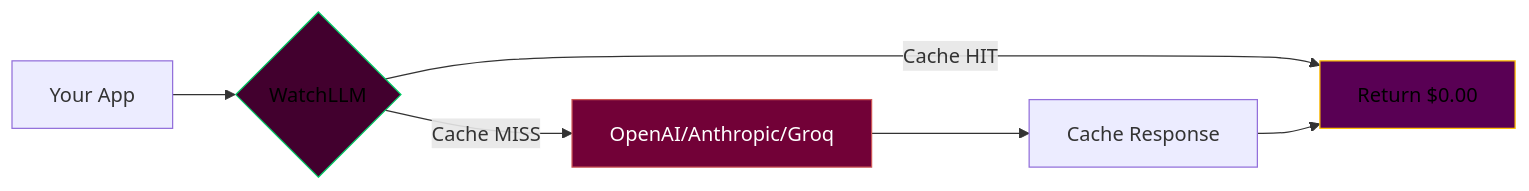
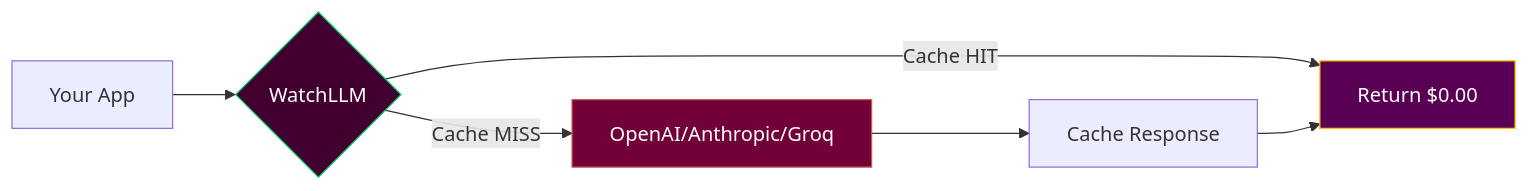
One commit to kaadipranav/kaadipranav changed the first of 2 diagrams in README.md. Above: the diagram before and after it, drawn with Mermaid.

Commit message:
Change text color in flowchart styles
Updated styles in the flowchart for better visibility.

````diff
--- a/README.md
+++ b/README.md
@@ -26,11 +26,11 @@
 ```mermaid
 graph LR
     A[Your App] --> B{WatchLLM}
     B -->|Cache HIT| C[Return $0.00]
     B -->|Cache MISS| D[OpenAI/Anthropic/Groq]
     D --> E[Cache Response]
     E --> C
-    style B fill:#42002e,stroke:#00cc66,color:#000
-    style C fill:#590054,stroke:#ffc107,color:#000
-    style D fill:#720137,stroke:#cc5555,color:#fff
+    style B fill:#42002e,stroke:#00cc66,color:#FFF
+    style C fill:#590054,stroke:#ffc107,color:#FFF
+    style D fill:#720137,stroke:#cc5555,color:#FFF
 ```
````
